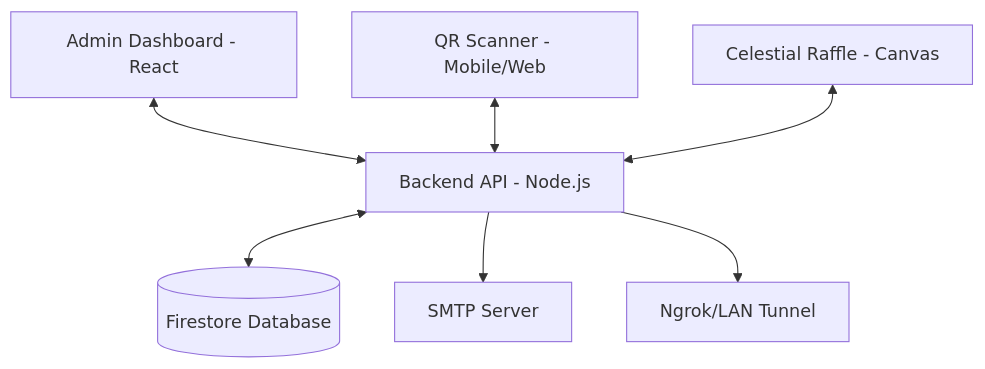
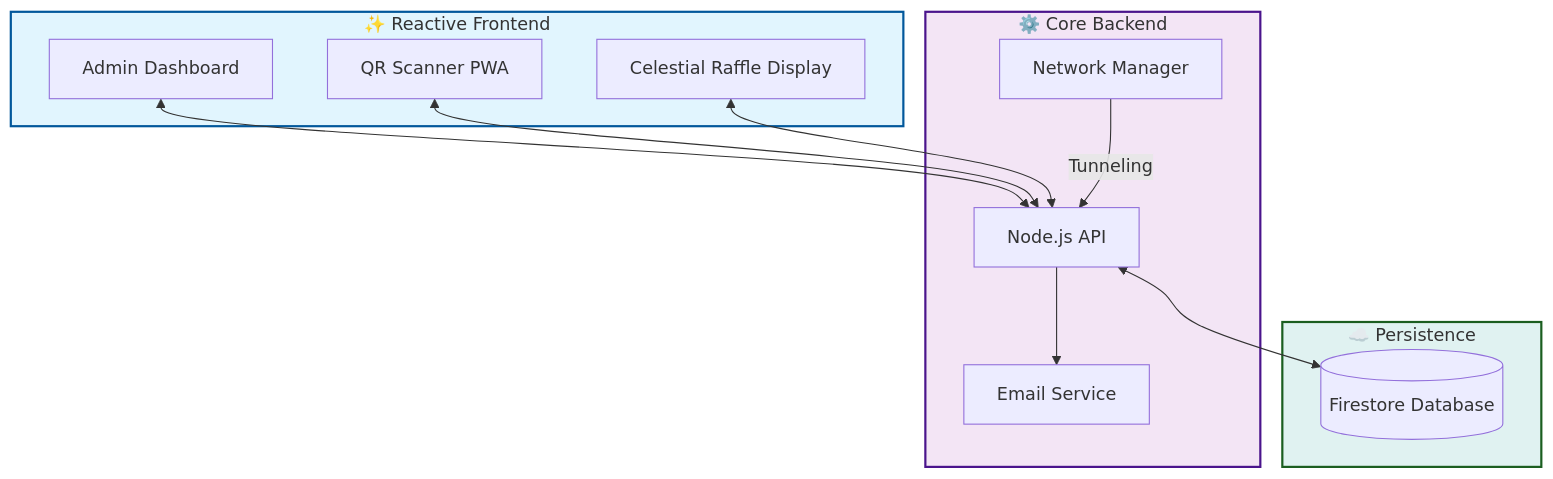
Before and after one commit to NullifiedUniverse/ticketing-system: the first of 4 diagrams in README.md, drawn with Mermaid. The commit also changed other lines of this file, not shown here.

Commit message:
Docs: Enhanced README with detailed Mermaid diagrams for Logic, Raffle State, and Network Topology

````diff
--- a/README.md
+++ b/README.md
@@ -11,9 +11,29 @@
 ```mermaid
 graph TD
-    A[Admin Dashboard - React] <--> B[Backend API - Node.js]
-    C[QR Scanner - Mobile/Web] <--> B
-    B <--> D[(Firestore Database)]
-    B --> E[SMTP Server]
-    B --> F[Ngrok/LAN Tunnel]
-    G[Celestial Raffle - Canvas] <--> B
+    subgraph Frontend ["✨ Reactive Frontend"]
+        A[Admin Dashboard]
+        C[QR Scanner PWA]
+        G[Celestial Raffle Display]
+    end
+    
+    subgraph Backend ["⚙️ Core Backend"]
+        B[Node.js API]
+        E[Email Service]
+        F[Network Manager]
+    end
+    
+    subgraph Data ["☁️ Persistence"]
+        D[(Firestore Database)]
+    end
+
+    A <--> B
+    C <--> B
+    G <--> B
+    B <--> D
+    B --> E
+    F -->|Tunneling| B
+    
+    style Frontend fill:#e1f5fe,stroke:#01579b,stroke-width:2px
+    style Backend fill:#f3e5f5,stroke:#4a148c,stroke-width:2px
+    style Data fill:#e0f2f1,stroke:#1b5e20,stroke-width:2px
 ```
````
